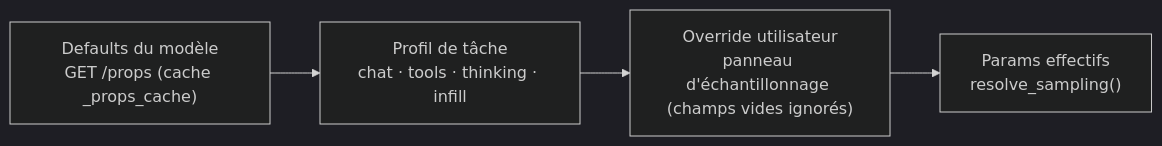
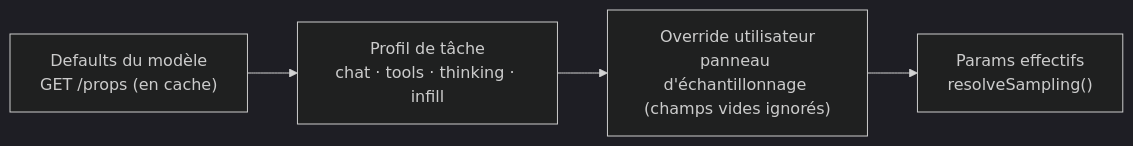
Before and after one commit to toto-fou/Elpis: the ninth of 16 diagrams in docs/architecture.md, drawn with Mermaid (dark theme). The commit also changed other lines of this file and 2475 other files, not shown here.

````diff
--- a/docs/architecture.md
+++ b/docs/architecture.md
@@ -861,6 +886,6 @@
 ```mermaid
 flowchart LR
-    A["Defaults du modèle<br/>GET /props (cache _props_cache)"] --> B["Profil de tâche<br/>chat · tools · thinking · infill"]
+    A["Defaults du modèle<br/>GET /props (en cache)"] --> B["Profil de tâche<br/>chat · tools · thinking · infill"]
     B --> C["Override utilisateur<br/>panneau d'échantillonnage (champs vides ignorés)"]
-    C --> D["Params effectifs<br/>resolve_sampling()"]
+    C --> D["Params effectifs<br/>resolveSampling()"]
 ```
````
